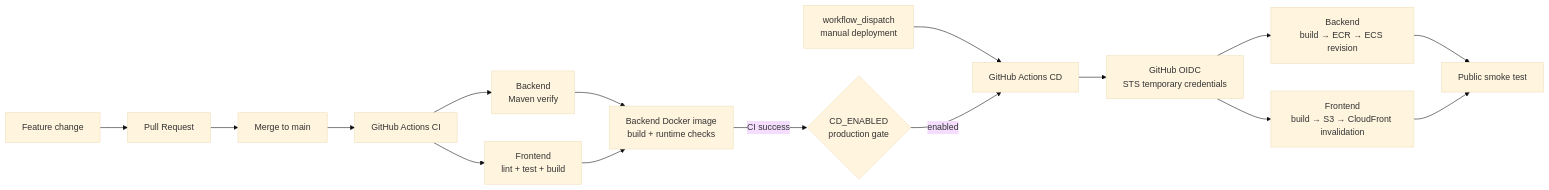
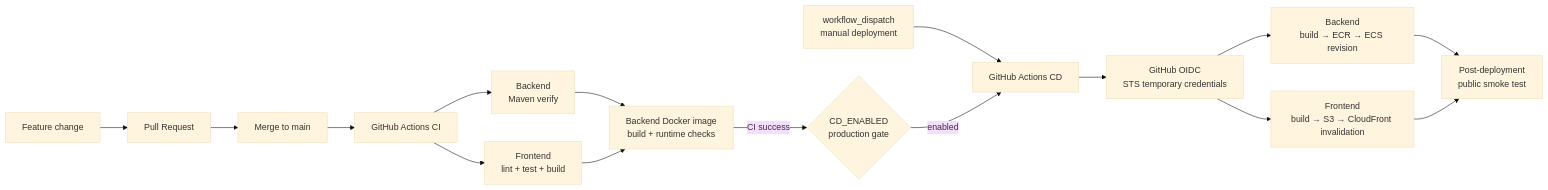
Before and after one commit to chen980729/aws-spring-personality-test: the second of 2 diagrams in docs/architecture.md, drawn with Mermaid (base theme). The commit also changed other lines of this file and 17 other files, not shown here.

````diff
--- a/docs/architecture.md
+++ b/docs/architecture.md
@@ -91,21 +91,21 @@
 ```mermaid
 flowchart LR
     Change["Feature change"] --> PR["Pull Request"]
     PR --> Main["Merge to main"]
     Main --> CI["GitHub Actions CI"]
 
     CI --> BackendCI["Backend<br/>Maven verify"]
     CI --> FrontendCI["Frontend<br/>lint + test + build"]
     BackendCI --> DockerCI["Backend Docker image<br/>build + runtime checks"]
     FrontendCI --> DockerCI
 
     DockerCI -->|"CI success"| Gate{"CD_ENABLED<br/>production gate"}
     Manual["workflow_dispatch<br/>manual deployment"] --> CD["GitHub Actions CD"]
     Gate -->|"enabled"| CD
 
     CD --> OIDC["GitHub OIDC<br/>STS temporary credentials"]
     OIDC --> BackendCD["Backend<br/>build → ECR → ECS revision"]
     OIDC --> FrontendCD["Frontend<br/>build → S3 → CloudFront invalidation"]
-    BackendCD --> Smoke["Public smoke test"]
+    BackendCD --> Smoke["Post-deployment<br/>public smoke test"]
     FrontendCD --> Smoke
 ```
````
